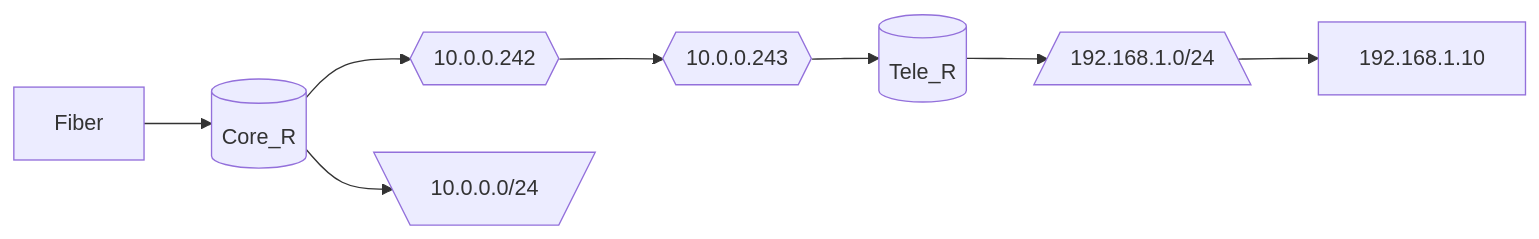
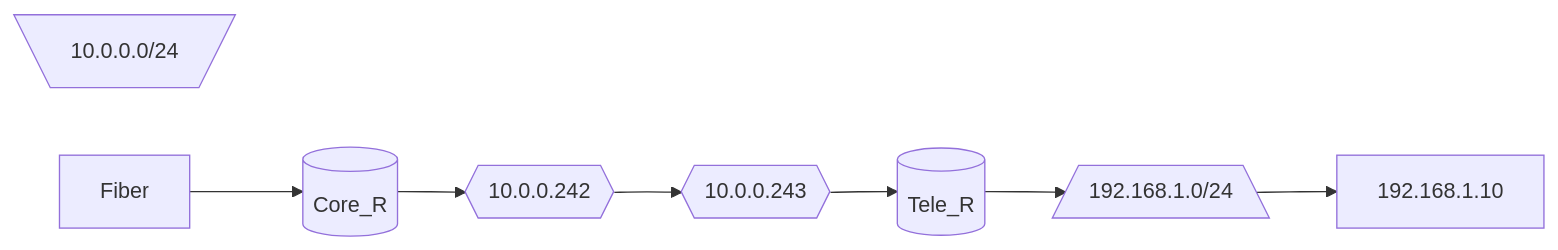
One commit to notkasim/DOCS changed the second of 2 diagrams in Topology.md. Above: the diagram before and after it, drawn with Mermaid.

````diff
--- a/Topology.md
+++ b/Topology.md
@@ -19,23 +19,22 @@
 ```mermaid
 graph LR;
     core[(Core_R)]
     tele2[(Tele_R)]
     core_link{{10.0.0.242}}
     tele2_link{{10.0.0.243}}
     core_net[\10.0.0.0/24/]
     tele2_net[/192.168.1.0/24\]
 
     
     Fiber-->core
-    core-->core_net
     core-->core_link
     core_link-->tele2_link
     tele2_link-->tele2
     tele2-->tele2_net-->192.168.1.10
 
 
 
 
 
 
 ```
````
